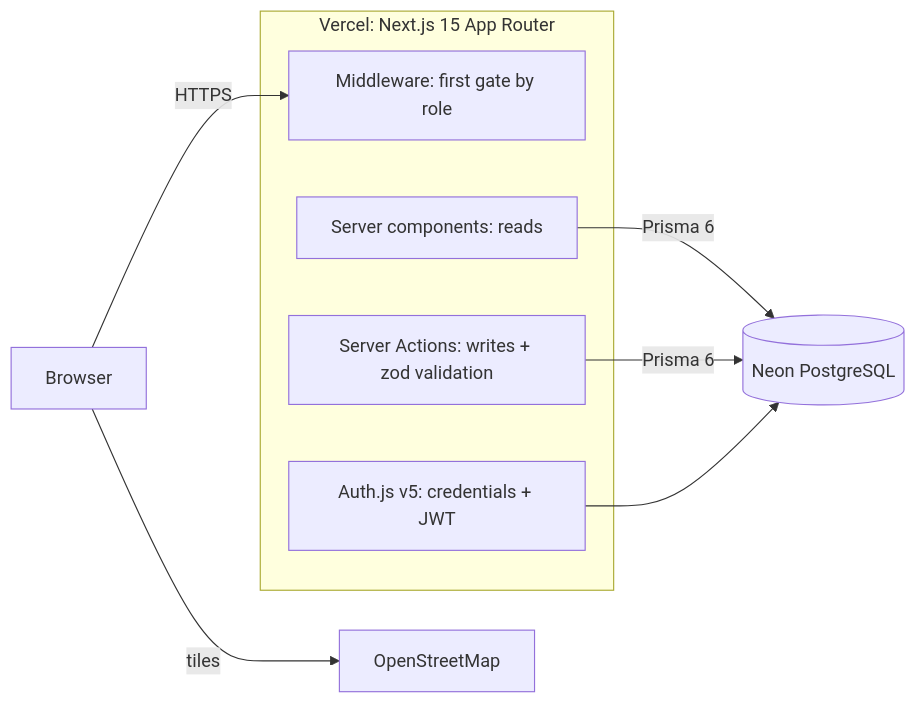
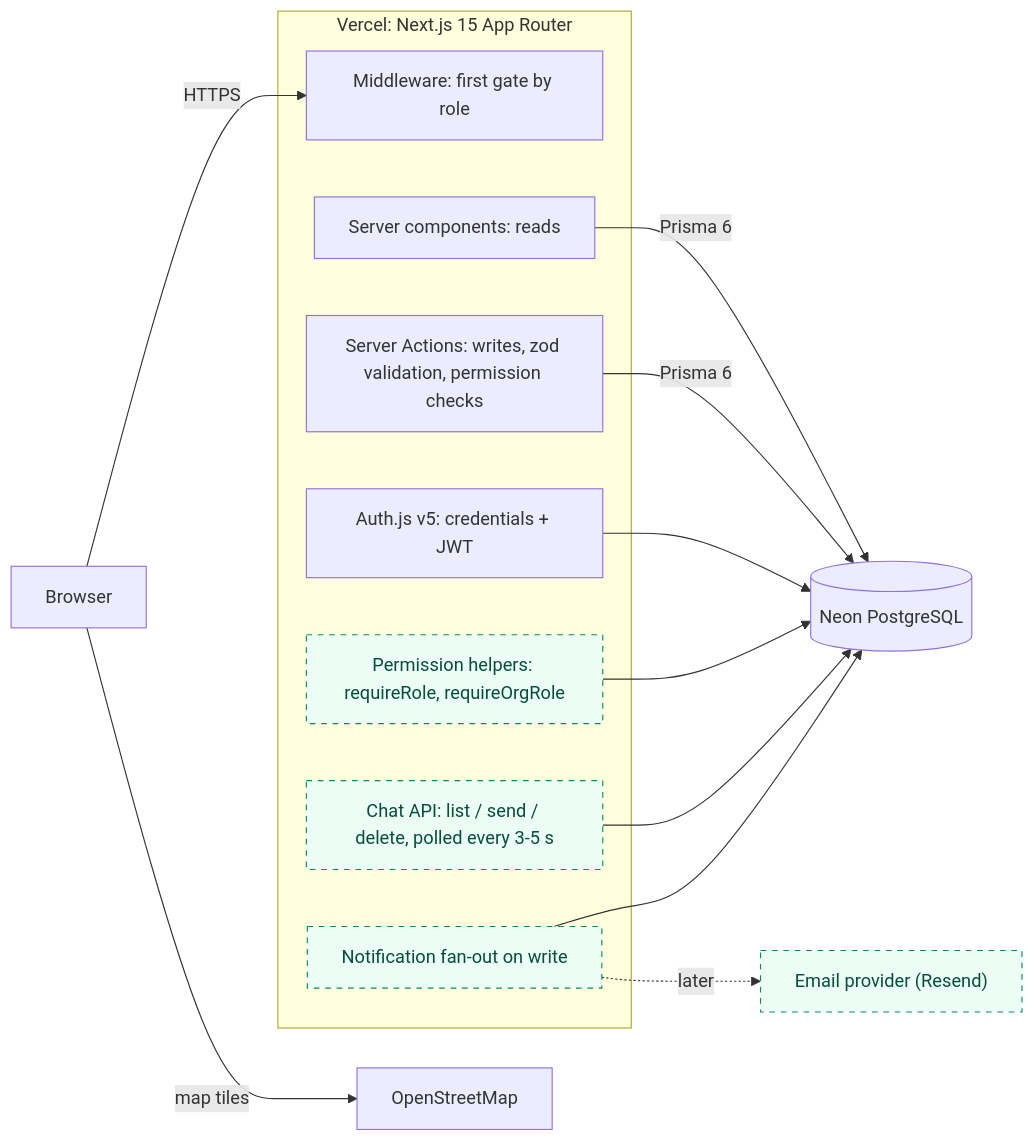
The first of 16 diagrams in docs/PROJECT_REPORT.md (Saransh-Jainbu/goodloop), drawn with Mermaid before and after one commit. The commit also changed other lines of this file and 37 other files, not shown here.

Commit message:
Report: describe the final system including organisations, with real screenshots and rendered diagrams

````diff
--- a/docs/PROJECT_REPORT.md
+++ b/docs/PROJECT_REPORT.md
@@ -67,14 +133,22 @@
 ```mermaid
 flowchart LR
     B[Browser] -->|HTTPS| M
     subgraph VC[Vercel: Next.js 15 App Router]
         M[Middleware: first gate by role]
         SC[Server components: reads]
-        SA[Server Actions: writes + zod validation]
+        SA[Server Actions: writes, zod validation, permission checks]
         AU[Auth.js v5: credentials + JWT]
+        PH["Permission helpers: requireRole, requireOrgRole"]:::planned
+        CH["Chat API: list / send / delete, polled every 3-5 s"]:::planned
+        NT["Notification fan-out on write"]:::planned
     end
     SC -->|Prisma 6| N[(Neon PostgreSQL)]
     SA -->|Prisma 6| N
     AU --> N
-    B -->|tiles| OSM[OpenStreetMap]
+    PH --> N
+    CH --> N
+    NT --> N
+    B -->|map tiles| OSM[OpenStreetMap]
+    NT -.->|later| EM["Email provider (Resend)"]:::planned
+    classDef planned stroke-dasharray: 5 5,stroke:#0f8a5f,fill:#ecfdf5,color:#064e3b;
 ```
````
